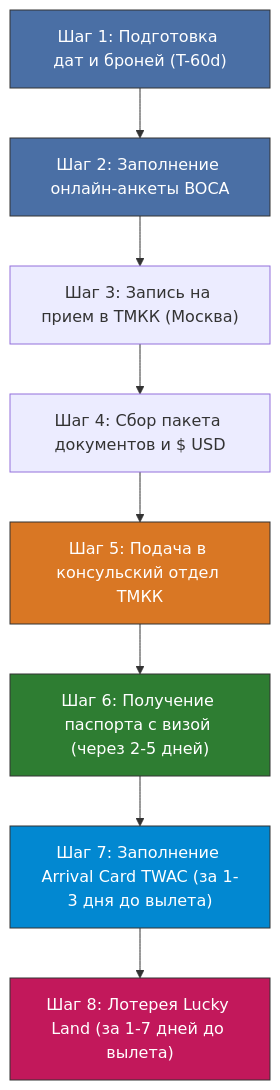
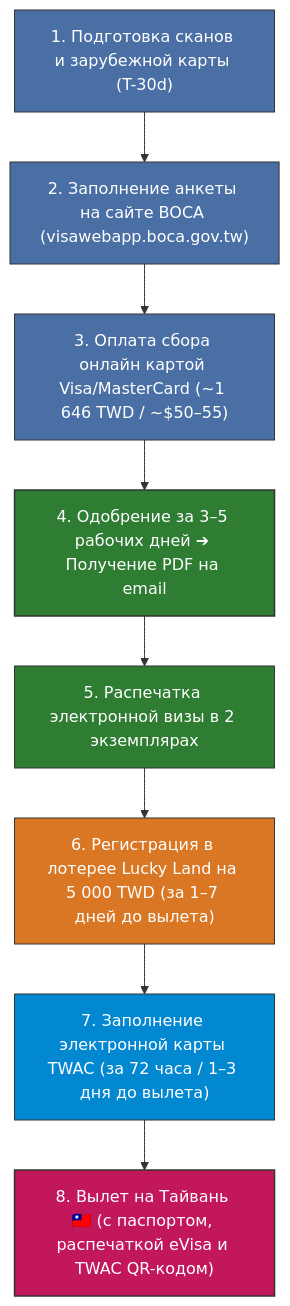
The first of 2 diagrams in Personal Note/Travel/-- Taiwan/05 - Полезная информация/Визовый гайд для граждан РФ (2026).md (injurka/obsidian-mark), drawn with Mermaid before and after one commit. The commit also changed other lines of this file and 4 other files, not shown here.

````diff
--- a/Personal Note/Travel/-- Taiwan/05 - Полезная информация/Визовый гайд для граждан РФ (2026).md
+++ b/Personal Note/Travel/-- Taiwan/05 - Полезная информация/Визовый гайд для граждан РФ (2026).md
@@ -12,17 +10,19 @@
 ```mermaid
 graph TD
-    A["Шаг 1: Подготовка дат и броней (T-60d)"] --> B["Шаг 2: Заполнение онлайн-анкеты BOCA"]
-    B --> C["Шаг 3: Запись на прием в ТМКК (Москва)"]
-    C --> D["Шаг 4: Сбор пакета документов и $ USD"]
-    D --> E["Шаг 5: Подача в консульский отдел ТМКК"]
-    E --> F["Шаг 6: Получение паспорта с визой (через 2-5 дней)"]
-    F --> G["Шаг 7: Заполнение Arrival Card TWAC (за 1-3 дня до вылета)"]
-    G --> H["Шаг 8: Лотерея Lucky Land (за 1-7 дней до вылета)"]
+    A["1. Подготовка сканов и зарубежной карты (T-30d)"] --> B["2. Заполнение анкеты на сайте BOCA (visawebapp.boca.gov.tw)"]
+    B --> C["3. Оплата сбора онлайн картой Visa/MasterCard (~1 646 TWD / ~$50–55)"]
+    C --> D["4. Одобрение за 3–5 рабочих дней ➔ Получение PDF на email"]
+    D --> E["5. Распечатка электронной визы в 2 экземплярах"]
+    E --> F["6. Регистрация в лотерее Lucky Land на 5 000 TWD (за 1–7 дней до вылета)"]
+    F --> G["7. Заполнение электронной карты TWAC (за 72 часа / 1–3 дня до вылета)"]
+    G --> H["8. Вылет на Тайвань 🇹🇼 (с паспортом, распечаткой eVisa и TWAC QR-кодом)"]
 
     style A fill:#4a6fa5,stroke:#333,stroke-width:1px,color:#fff
     style B fill:#4a6fa5,stroke:#333,stroke-width:1px,color:#fff
-    style E fill:#d97724,stroke:#333,stroke-width:1px,color:#fff
-    style F fill:#2e7d32,stroke:#333,stroke-width:1px,color:#fff
+    style C fill:#4a6fa5,stroke:#333,stroke-width:1px,color:#fff
+    style D fill:#2e7d32,stroke:#333,stroke-width:1.5px,color:#fff
+    style E fill:#2e7d32,stroke:#333,stroke-width:1px,color:#fff
+    style F fill:#d97724,stroke:#333,stroke-width:1px,color:#fff
     style G fill:#0288d1,stroke:#333,stroke-width:1px,color:#fff
-    style H fill:#c2185b,stroke:#333,stroke-width:1px,color:#fff
+    style H fill:#c2185b,stroke:#333,stroke-width:1.5px,color:#fff
 ```
````
